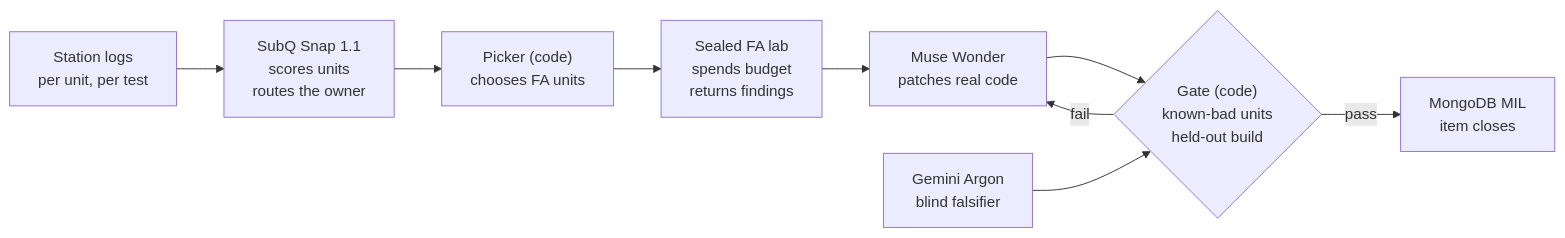
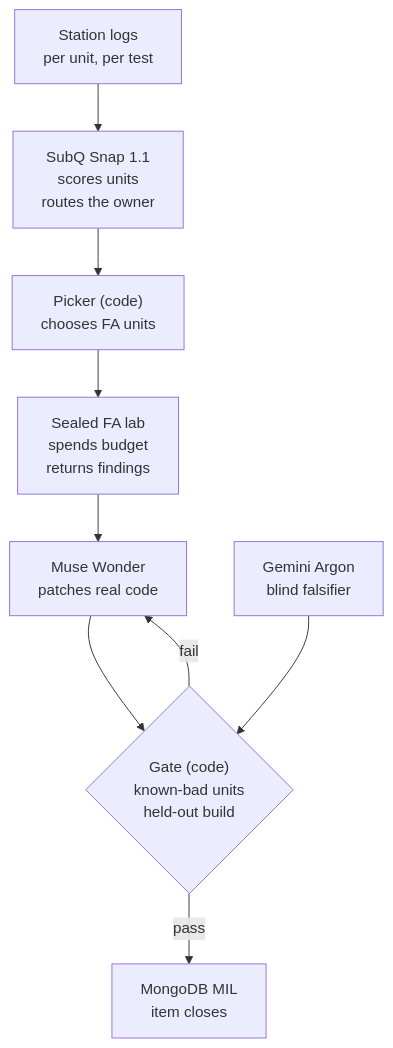
Before and after one commit to benikigai/closeout: the first of 2 diagrams in README.md, drawn with Mermaid. The commit also changed other lines of this file, not shown here.

````diff
--- a/README.md
+++ b/README.md
@@ -41,11 +41,11 @@
 ```mermaid
-flowchart LR
+flowchart TD
     logs["Station logs<br/>per unit, per test"] --> subq["SubQ Snap 1.1<br/>scores units<br/>routes the owner"]
     subq --> picker["Picker (code)<br/>chooses FA units"]
     picker --> fa["Sealed FA lab<br/>spends budget<br/>returns findings"]
     fa --> muse["Muse Wonder<br/>patches real code"]
     muse --> gate{"Gate (code)<br/>known-bad units<br/>held-out build"}
     gemini["Gemini Argon<br/>blind falsifier"] --> gate
     gate -- pass --> close["MongoDB MIL<br/>item closes"]
     gate -- fail --> muse
 ```
````
